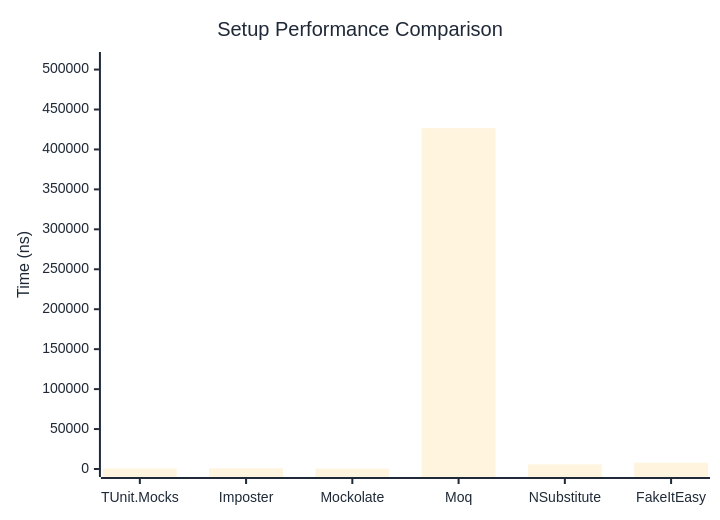
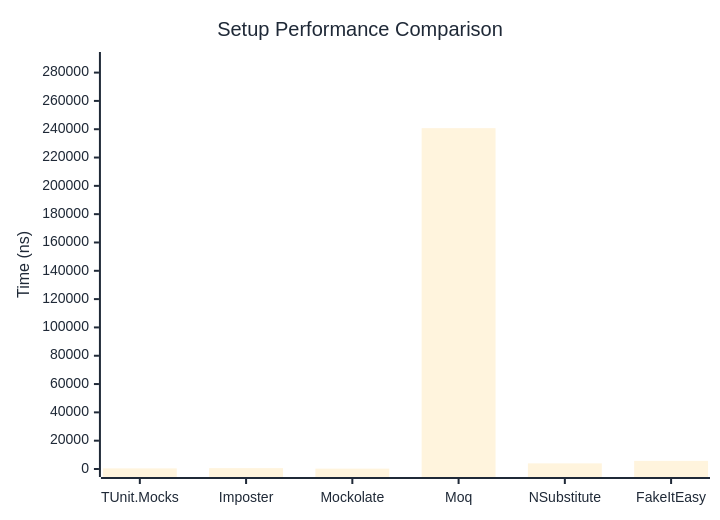
The first of 2 diagrams in docs/docs/benchmarks/mocks/Setup.md (thomhurst/TUnit), drawn with Mermaid before and after one commit. The commit also changed other lines of this file and 14 other files, not shown here.

````diff
--- a/docs/docs/benchmarks/mocks/Setup.md
+++ b/docs/docs/benchmarks/mocks/Setup.md
@@ -30,27 +30,27 @@
 ```mermaid
 %%{init: {
   'theme':'base',
   'themeVariables': {
     'primaryColor': '#2563eb',
     'primaryTextColor': '#1f2937',
     'primaryBorderColor': '#1e40af',
     'lineColor': '#6b7280',
     'secondaryColor': '#7c3aed',
     'tertiaryColor': '#dc2626',
     'background': '#ffffff',
     'pie1': '#2563eb',
     'pie2': '#7c3aed',
     'pie3': '#dc2626',
     'pie4': '#f59e0b',
     'pie5': '#10b981',
     'pie6': '#06b6d4',
     'pie7': '#ec4899',
     'pie8': '#6366f1'
   }
 }}%%
 xychart-beta
   title "Setup Performance Comparison"
   x-axis ["TUnit.Mocks", "Imposter", "Mockolate", "Moq", "NSubstitute", "FakeItEasy"]
-  y-axis "Time (ns)" 0 --> 511966
-  bar [506.7, 827.1, 348.1, 426638.2, 5691.2, 7858.5]
+  y-axis "Time (ns)" 0 --> 288897
+  bar [432.4, 613.6, 259.4, 240747.4, 3992.4, 5743.4]
 ```
````
